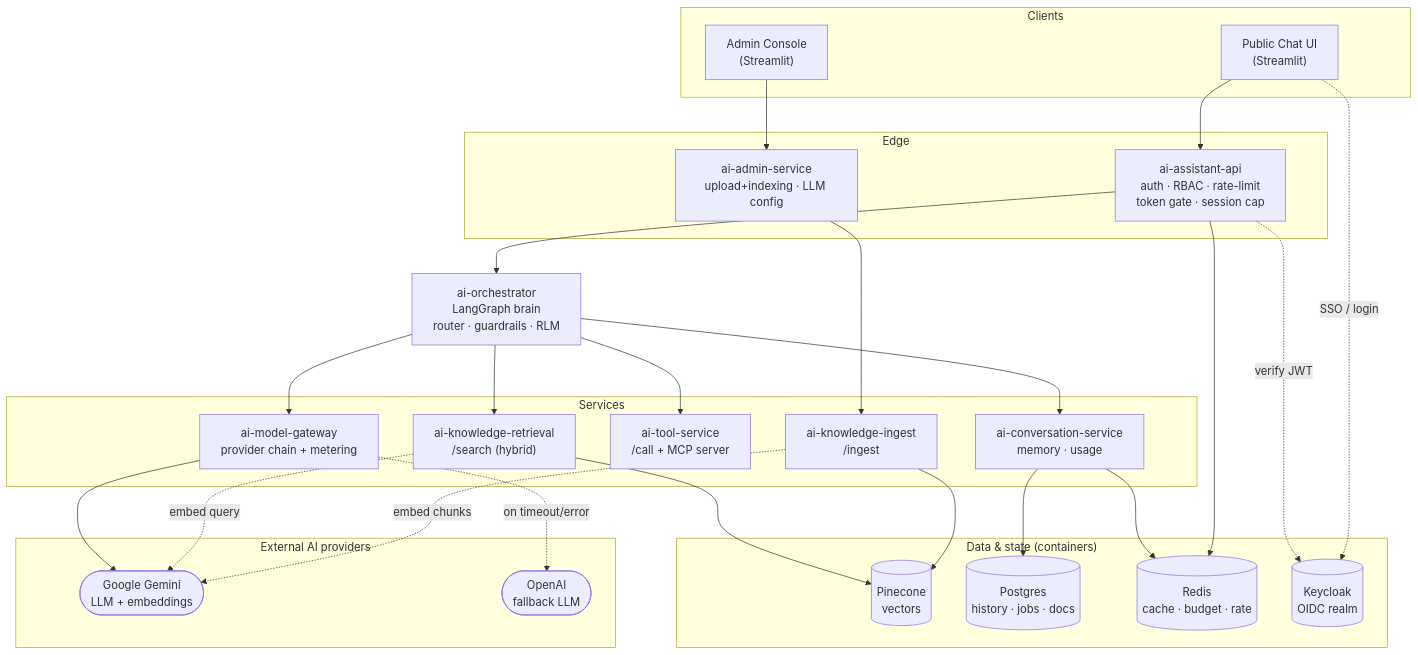
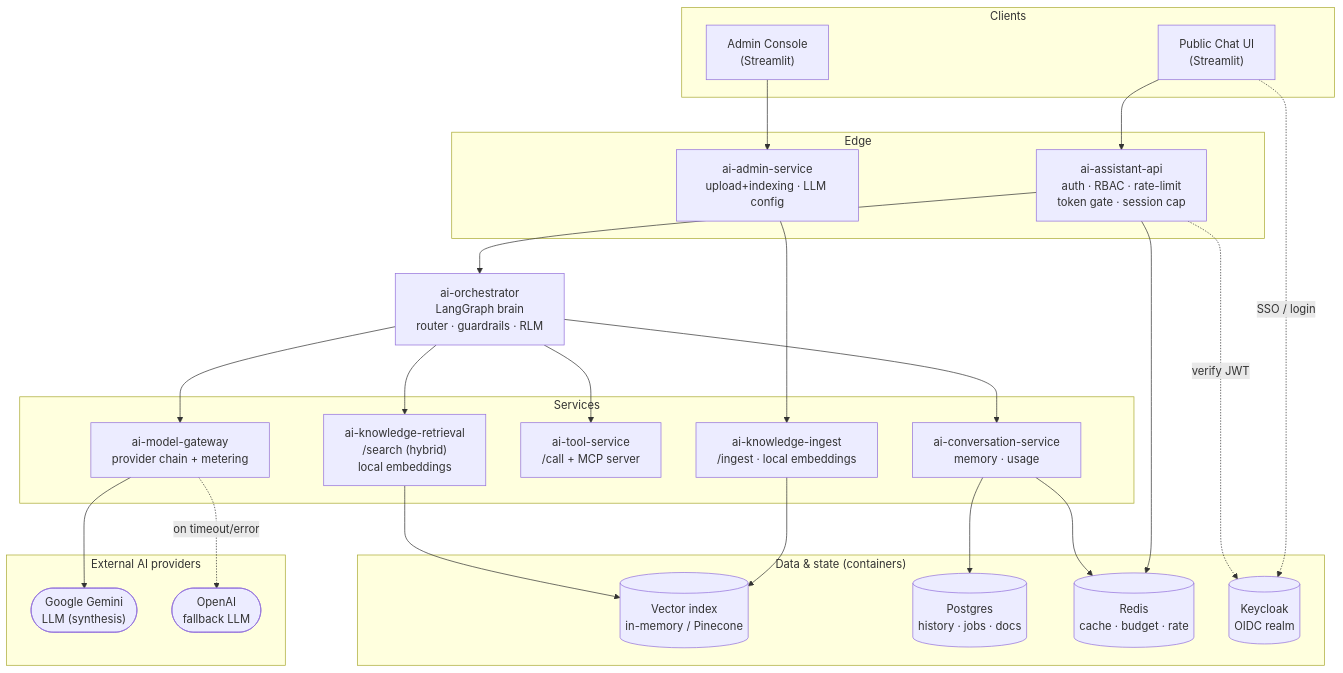
Before and after one commit to LahiruSandeepa-LK/ai-assistent: the first of 3 diagrams in README.md, drawn with Mermaid. The commit also changed other lines of this file and 13 other files, not shown here.

````diff
--- a/README.md
+++ b/README.md
@@ -38,50 +39,48 @@
 ```mermaid
 flowchart TB
     subgraph Clients
         PUB["Public Chat UI<br/>(Streamlit)"]
         ADM["Admin Console<br/>(Streamlit)"]
     end
 
     subgraph Edge
         API["ai-assistant-api<br/>auth · RBAC · rate-limit<br/>token gate · session cap"]
         ADMSVC["ai-admin-service<br/>upload+indexing · LLM config"]
     end
 
     ORCH["ai-orchestrator<br/>LangGraph brain<br/>router · guardrails · RLM"]
 
     subgraph Services
-        RET["ai-knowledge-retrieval<br/>/search (hybrid)"]
-        ING["ai-knowledge-ingest<br/>/ingest"]
+        RET["ai-knowledge-retrieval<br/>/search (hybrid)<br/>local embeddings"]
+        ING["ai-knowledge-ingest<br/>/ingest · local embeddings"]
         TOOL["ai-tool-service<br/>/call + MCP server"]
         CONV["ai-conversation-service<br/>memory · usage"]
         GW["ai-model-gateway<br/>provider chain + metering"]
     end
 
     subgraph Data["Data & state (containers)"]
-        PINE[("Pinecone<br/>vectors")]
+        PINE[("Vector index<br/>in-memory / Pinecone")]
         PG[("Postgres<br/>history · jobs · docs")]
         REDIS[("Redis<br/>cache · budget · rate")]
         KC[("Keycloak<br/>OIDC realm")]
     end
 
     subgraph External["External AI providers"]
-        GEM(["Google Gemini<br/>LLM + embeddings"])
+        GEM(["Google Gemini<br/>LLM (synthesis)"])
         OAI(["OpenAI<br/>fallback LLM"])
     end
 
     PUB --> API
     ADM --> ADMSVC
     API --> ORCH
     API -. verify JWT .-> KC
     PUB -. SSO / login .-> KC
     ORCH --> RET & TOOL & CONV & GW
     ADMSVC --> ING
     RET --> PINE
     ING --> PINE
     CONV --> PG & REDIS
     API --> REDIS
     GW --> GEM
     GW -. on timeout/error .-> OAI
-    RET -. embed query .-> GEM
-    ING -. embed chunks .-> GEM
 ```
````
